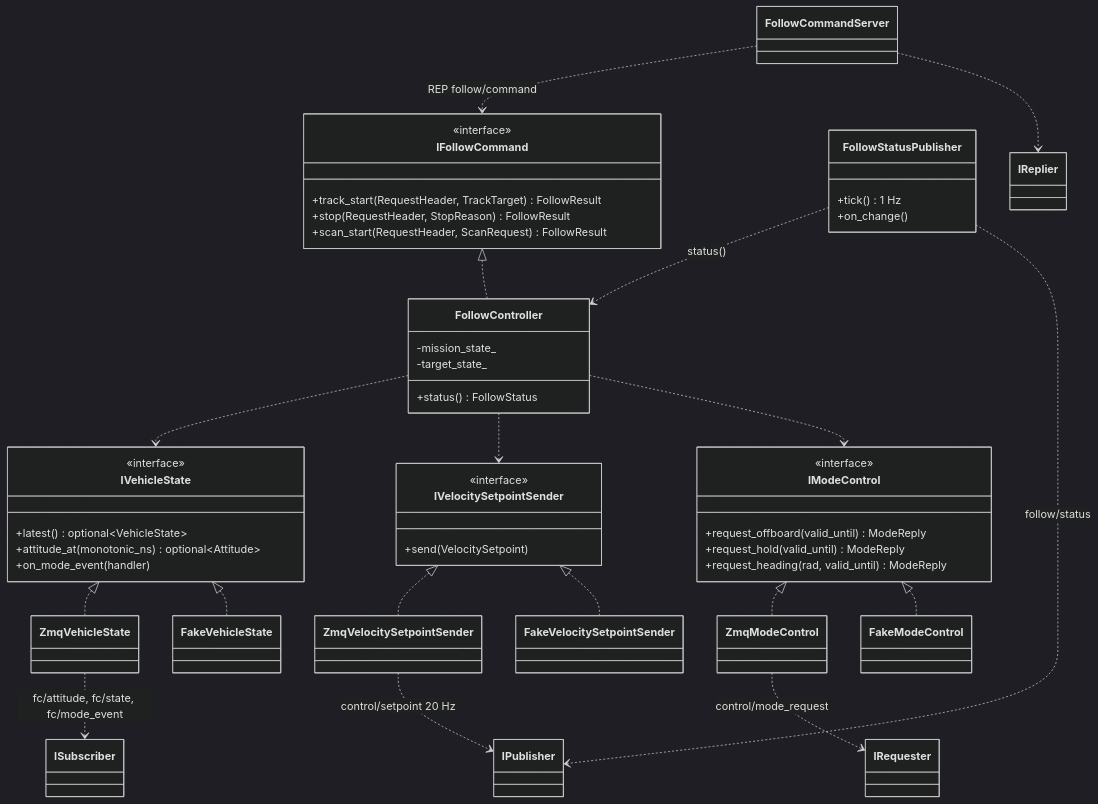
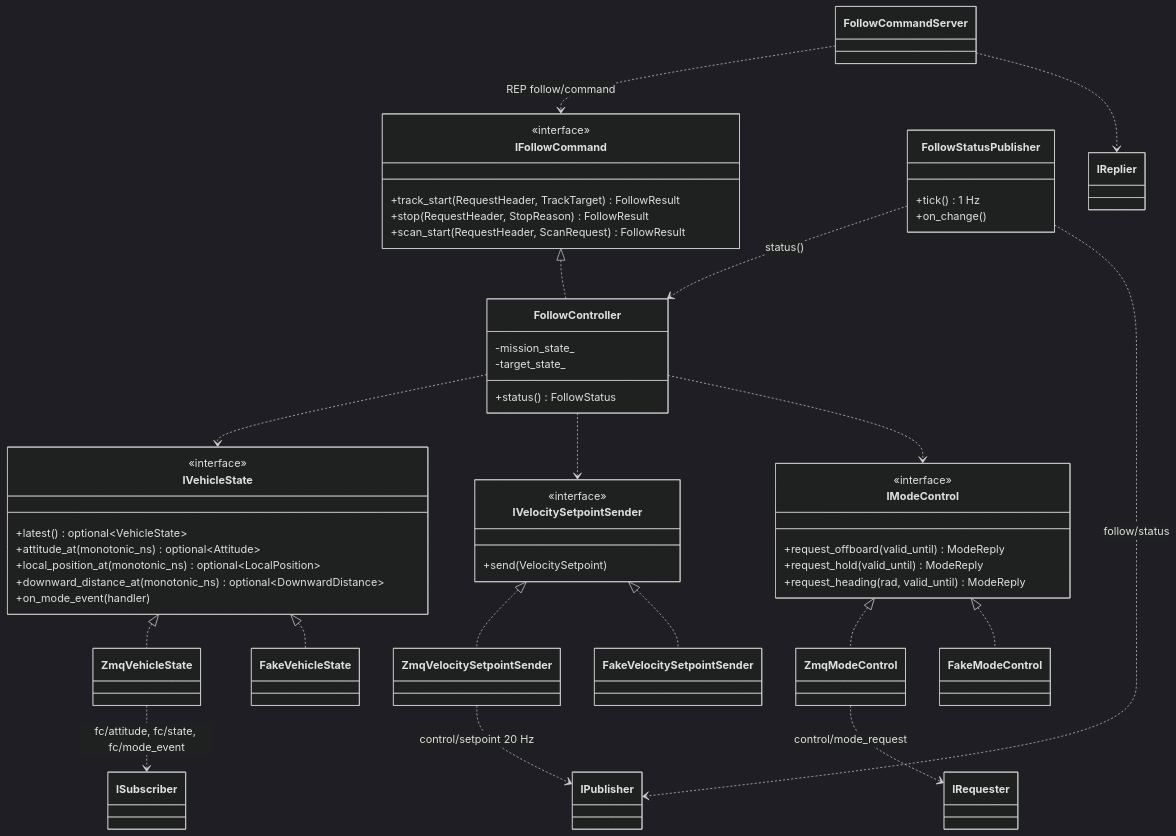
One commit to lig-argus/argus-edge-vision changed the diagram in docs/design/uml/class_follow.md. Above: the diagram before and after it, drawn with Mermaid (dark theme). The commit also changed other lines of this file and 4 other files, not shown here.

````diff
--- a/docs/design/uml/class_follow.md
+++ b/docs/design/uml/class_follow.md
@@ -9,59 +9,61 @@
 ```mermaid
 classDiagram
     class IVehicleState {
         <<interface>>
         +latest() optional~VehicleState~
         +attitude_at(monotonic_ns) optional~Attitude~
+        +local_position_at(monotonic_ns) optional~LocalPosition~
+        +downward_distance_at(monotonic_ns) optional~DownwardDistance~
         +on_mode_event(handler)
     }
     class IVelocitySetpointSender {
         <<interface>>
         +send(VelocitySetpoint)
     }
     class IModeControl {
         <<interface>>
         +request_offboard(valid_until) ModeReply
         +request_hold(valid_until) ModeReply
         +request_heading(rad, valid_until) ModeReply
     }
     class IFollowCommand {
         <<interface>>
         +track_start(RequestHeader, TrackTarget) FollowResult
         +stop(RequestHeader, StopReason) FollowResult
         +scan_start(RequestHeader, ScanRequest) FollowResult
     }
     class FollowController {
         -mission_state_
         -target_state_
         +status() FollowStatus
     }
     class ZmqVehicleState
     class ZmqVelocitySetpointSender
     class ZmqModeControl
     class FollowCommandServer
     class FollowStatusPublisher {
         +tick() 1 Hz
         +on_change()
     }
     class FakeVehicleState
     class FakeVelocitySetpointSender
     class FakeModeControl
 
     IVehicleState <|.. ZmqVehicleState
     IVehicleState <|.. FakeVehicleState
     IVelocitySetpointSender <|.. ZmqVelocitySetpointSender
     IVelocitySetpointSender <|.. FakeVelocitySetpointSender
     IModeControl <|.. ZmqModeControl
     IModeControl <|.. FakeModeControl
     IFollowCommand <|.. FollowController
     FollowController ..> IVehicleState
     FollowController ..> IVelocitySetpointSender
     FollowController ..> IModeControl
     FollowCommandServer ..> IFollowCommand : REP follow/command
     FollowStatusPublisher ..> FollowController : status()
     ZmqVehicleState ..> ISubscriber : fc/attitude, fc/state, fc/mode_event
     ZmqVelocitySetpointSender ..> IPublisher : control/setpoint 20 Hz
     ZmqModeControl ..> IRequester : control/mode_request
     FollowCommandServer ..> IReplier
     FollowStatusPublisher ..> IPublisher : follow/status
 ```
````
